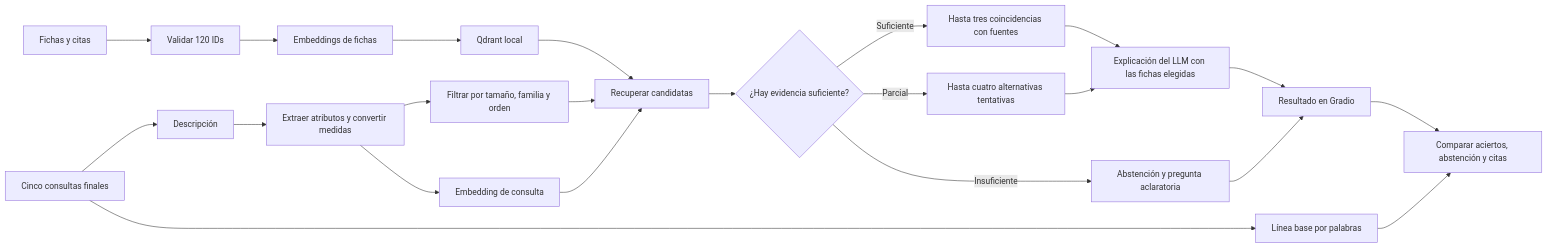
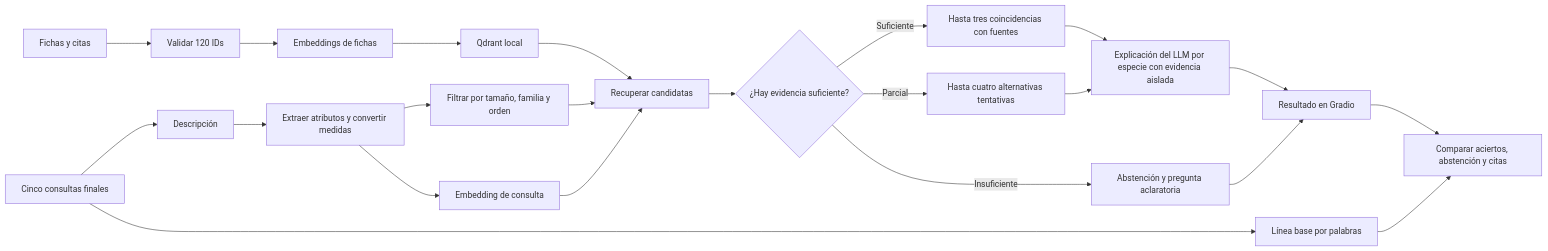
One commit to JulianJ07/RAG_Detector_Ave changed the first of 2 diagrams in README.md. Above: the diagram before and after it, drawn with Mermaid. The commit also changed other lines of this file and 7 other files, not shown here.

Commit message:
Mejora explicaciones por especie y valida consultas ambiguas

````diff
--- a/README.md
+++ b/README.md
@@ -45,24 +45,24 @@
 ```mermaid
 flowchart LR
     A["Fichas y citas"] --> B["Validar 120 IDs"]
     B --> C["Embeddings de fichas"]
     C --> D["Qdrant local"]
     U["Descripción"] --> E["Extraer atributos y convertir medidas"]
     E --> F["Filtrar por tamaño, familia y orden"]
     E --> Q["Embedding de consulta"]
     F --> G["Recuperar candidatas"]
     Q --> G
     D --> G
     G --> H{"¿Hay evidencia suficiente?"}
     H -->|Suficiente| I["Hasta tres coincidencias con fuentes"]
     H -->|Parcial| T["Hasta cuatro alternativas tentativas"]
     H -->|Insuficiente| J["Abstención y pregunta aclaratoria"]
-    I --> X["Explicación del LLM con las fichas elegidas"]
+    I --> X["Explicación del LLM por especie con evidencia aislada"]
     T --> X
     X --> V["Resultado en Gradio"]
     J --> V
     K["Cinco consultas finales"] --> U
     K --> L["Línea base por palabras"]
     V --> R["Comparar aciertos, abstención y citas"]
     L --> R
 ```
````
